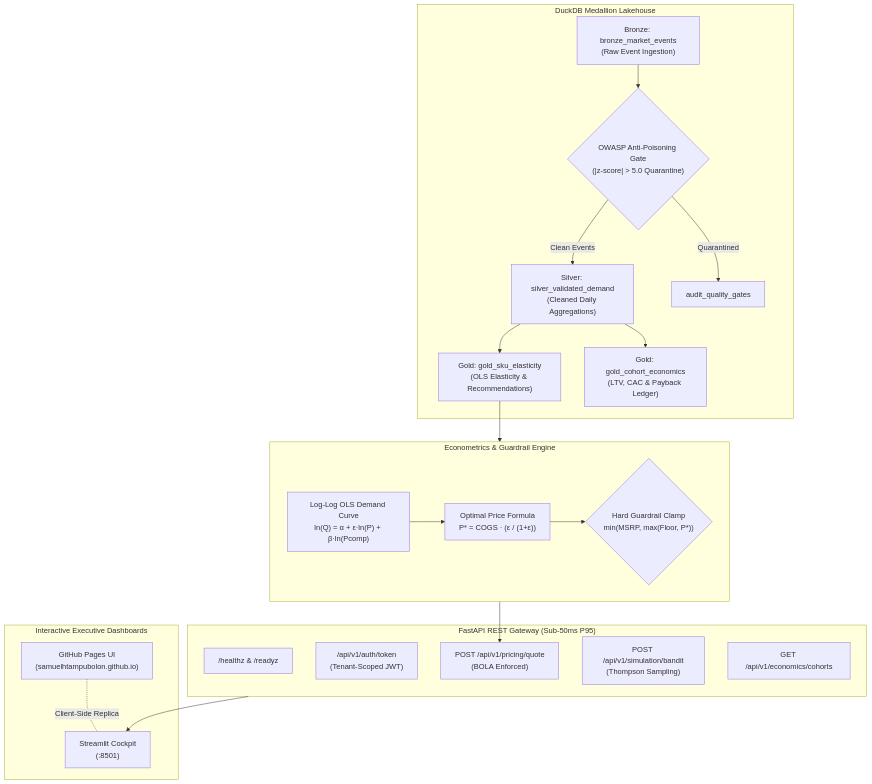
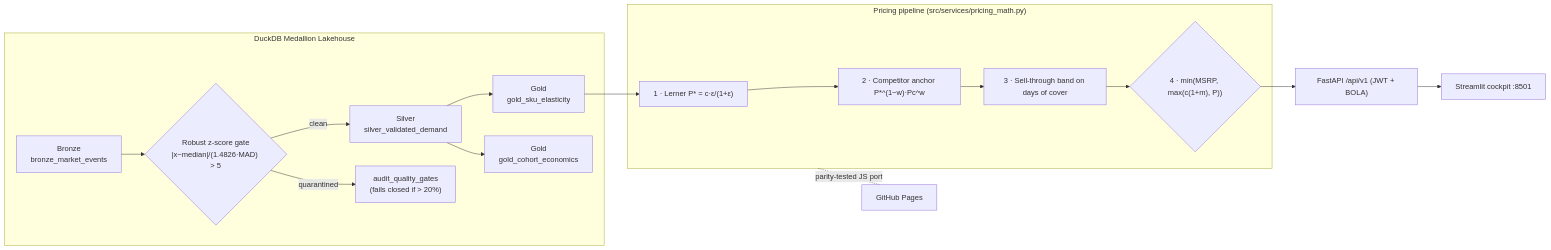
Before and after one commit to samuelhtampubolon/dynamic-pricing-engine: the diagram in README.md, drawn with Mermaid. The commit also changed other lines of this file and 67 other files, not shown here.

````diff
--- a/README.md
+++ b/README.md
@@ -23,42 +23,19 @@
 ```mermaid
-flowchart TD
+flowchart LR
     subgraph Lakehouse["DuckDB Medallion Lakehouse"]
-        B["Bronze: bronze_market_events\n(Raw Event Ingestion)"]
-        G_Gate{"OWASP Anti-Poisoning Gate\n(|z-score| > 5.0 Quarantine)"}
-        S["Silver: silver_validated_demand\n(Cleaned Daily Aggregations)"]
-        G1["Gold: gold_sku_elasticity\n(OLS Elasticity & Recommendations)"]
-        G2["Gold: gold_cohort_economics\n(LTV, CAC & Payback Ledger)"]
-        
-        B --> G_Gate
-        G_Gate -- "Clean Events" --> S
-        G_Gate -- "Quarantined" --> Q["audit_quality_gates"]
-        S --> G1
-        S --> G2
+        B["Bronze<br/>bronze_market_events"] --> G{"Robust z-score gate<br/>|x−median|/(1.4826·MAD) > 5"}
+        G -- clean --> S["Silver<br/>silver_validated_demand"]
+        G -- quarantined --> Q["audit_quality_gates<br/>(fails closed if > 20%)"]
+        S --> G1["Gold<br/>gold_sku_elasticity"]
+        S --> G2["Gold<br/>gold_cohort_economics"]
     end
-
-    subgraph Core["Econometrics & Guardrail Engine"]
-        OLS["Log-Log OLS Demand Curve\nln(Q) = α + ε·ln(P) + β·ln(Pcomp)"]
-        Lerner["Optimal Price Formula\nP* = COGS · (ε / (1+ε))"]
-        Clamp{"Hard Guardrail Clamp\nmin(MSRP, max(Floor, P*))"}
-        
-        OLS --> Lerner --> Clamp
+    subgraph Engine["Pricing pipeline (src/services/pricing_math.py)"]
+        L["1 · Lerner P* = c·ε/(1+ε)"] --> A["2 · Competitor anchor P*^(1−w)·Pc^w"]
+        A --> I["3 · Sell-through band on days of cover"]
+        I --> C{"4 · min(MSRP, max(c(1+m), P))"}
     end
-
-    subgraph API["FastAPI REST Gateway (Sub-50ms P95)"]
-        H["/healthz & /readyz"]
-        Auth["/api/v1/auth/token\n(Tenant-Scoped JWT)"]
-        Quote["POST /api/v1/pricing/quote\n(BOLA Enforced)"]
-        Bandit["POST /api/v1/simulation/bandit\n(Thompson Sampling)"]
-        Cohorts["GET /api/v1/economics/cohorts"]
-    end
-
-    subgraph UI["Interactive Executive Dashboards"]
-        Streamlit["Streamlit Cockpit\n(:8501)"]
-        GH_Pages["GitHub Pages UI\n(samuelhtampubolon.github.io)"]
-    end
-
-    G1 --> Core
-    Core --> Quote
-    API --> Streamlit
-    GH_Pages -. "Client-Side Replica" .- Streamlit
+    G1 --> L
+    C --> API["FastAPI /api/v1 (JWT + BOLA)"]
+    API --> UI["Streamlit cockpit :8501"]
+    Engine -. "parity-tested JS port" .- Pages["GitHub Pages"]
 ```
````
